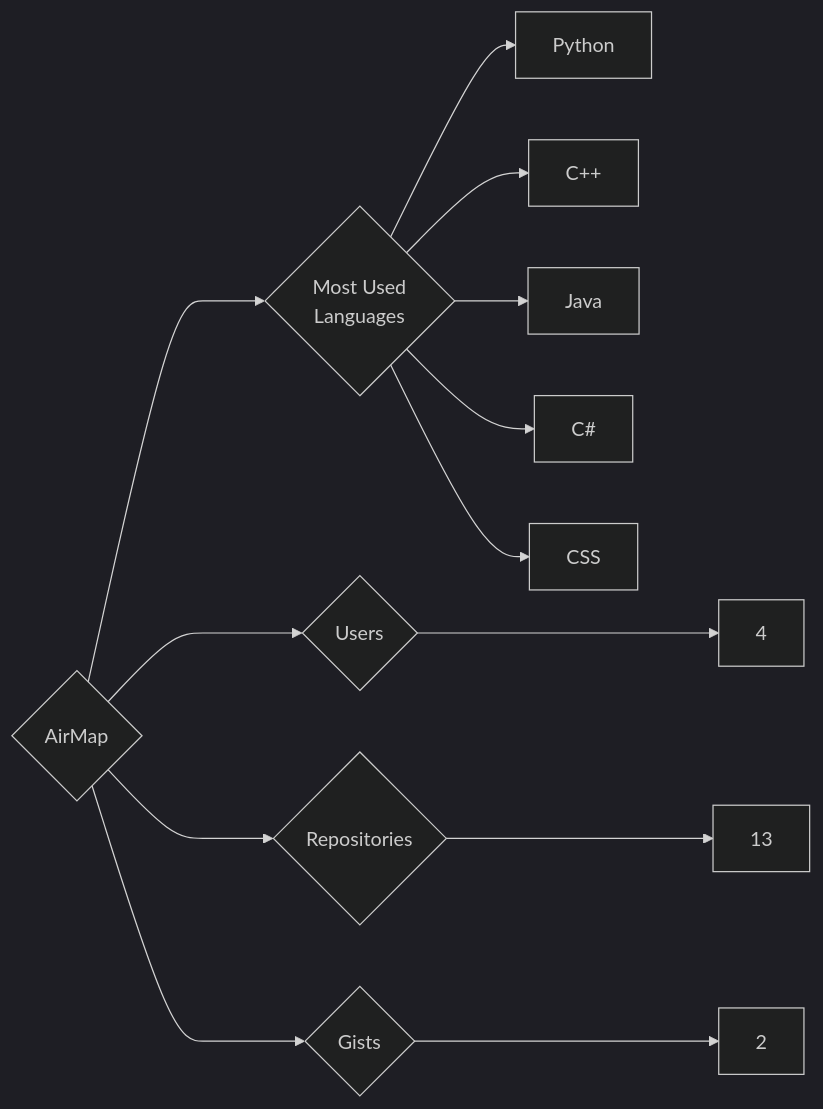
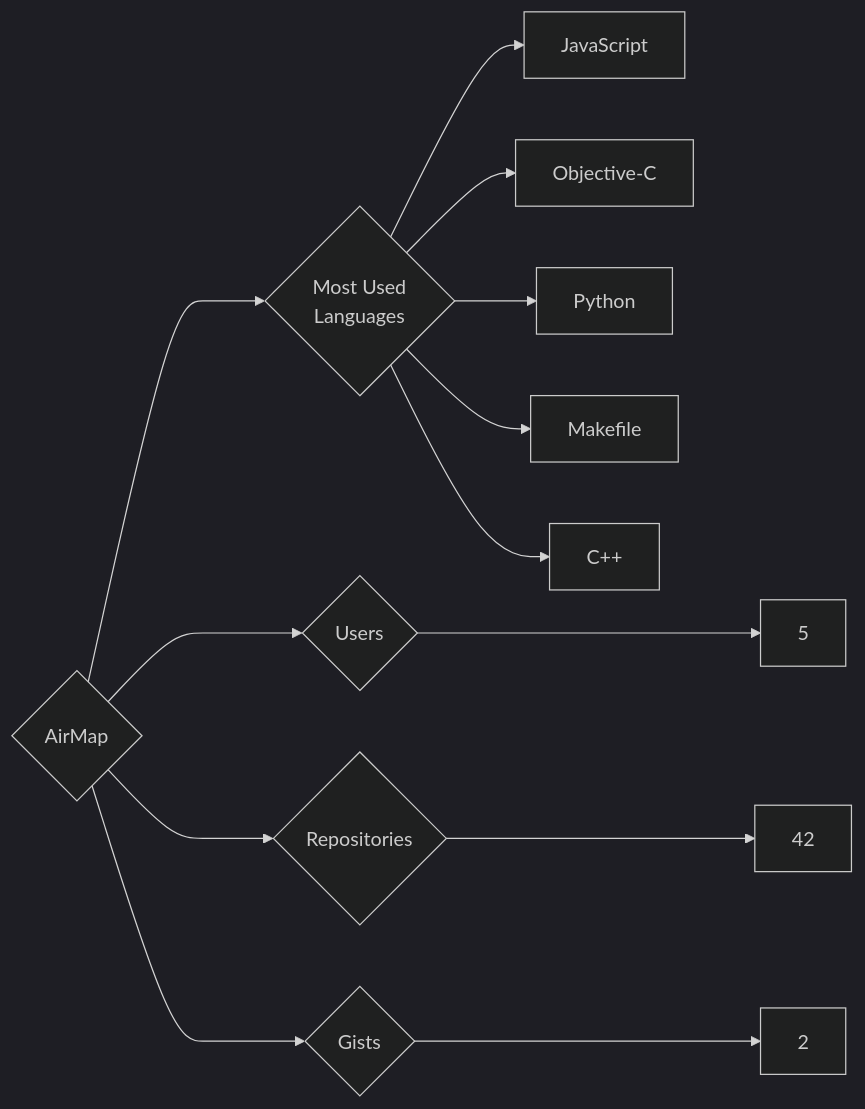
Before and after one commit to trickest/insiders: the diagram in targets/AirMap/README.md, drawn with Mermaid (dark theme). The commit also changed 998 other files, not shown here.

````diff
--- a/targets/AirMap/README.md
+++ b/targets/AirMap/README.md
@@ -3,13 +3,13 @@
 ```mermaid
 graph LR
 COMPANY_NAME{AirMap}
-COMPANY_NAME ---> U{Users} ---> UN[4]
-COMPANY_NAME ---> R{Repositories} ---> RN[13]
+COMPANY_NAME ---> U{Users} ---> UN[5]
+COMPANY_NAME ---> R{Repositories} ---> RN[42]
 COMPANY_NAME ---> G{Gists} ---> GN[2]
 COMPANY_NAME ---> ML{Most Used<br>Languages}
+ML --> JavaScript[JavaScript]
+ML --> Objective-C[Objective-C]
 ML --> Python[Python]
+ML --> Makefile[Makefile]
 ML --> C++[C++]
-ML --> Java[Java]
-ML --> C#[C#]
-ML --> CSS[CSS]
 ```
````
